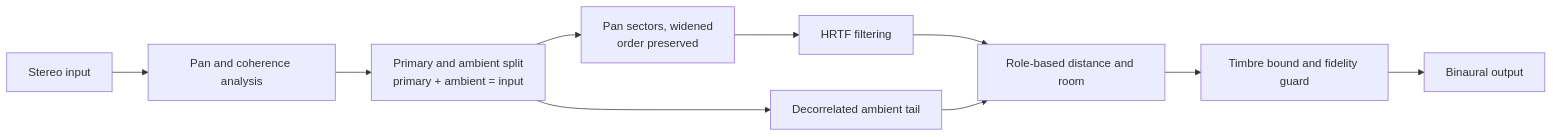
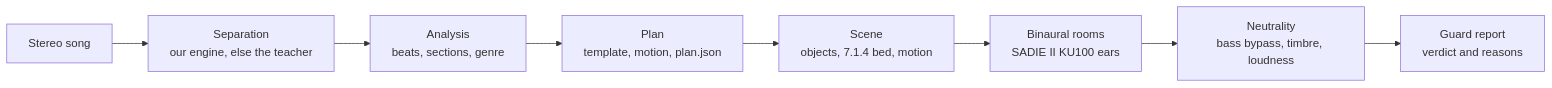
One commit to danielomoteshohacks/stage-spatial-audio changed the diagram in README.md. Above: the diagram before and after it, drawn with Mermaid. The commit also changed other lines of this file and 5 other files, not shown here.

Commit message:
docs: decision 0021, benchmark results, architecture, roadmap and README for v2

````diff
--- a/README.md
+++ b/README.md
@@ -31,12 +32,10 @@
 ```mermaid
 flowchart LR
-    A[Stereo input] --> B[Pan and coherence analysis]
-    B --> C[Primary and ambient split<br/>primary + ambient = input]
-    C --> D[Pan sectors, widened<br/>order preserved]
-    D --> E[HRTF filtering]
-    C --> F[Decorrelated ambient tail]
-    E --> G[Role-based distance and room]
-    F --> G
-    G --> H[Timbre bound and fidelity guard]
-    H --> I[Binaural output]
+    A[Stereo song] --> B[Separation<br/>our engine, else the teacher]
+    B --> C[Analysis<br/>beats, sections, genre]
+    C --> D[Plan<br/>template, motion, plan.json]
+    D --> E[Scene<br/>objects, 7.1.4 bed, motion]
+    E --> F[Binaural rooms<br/>SADIE II KU100 ears]
+    F --> G[Neutrality<br/>bass bypass, timbre, loudness]
+    G --> H[Guard report<br/>verdict and reasons]
 ```
````
